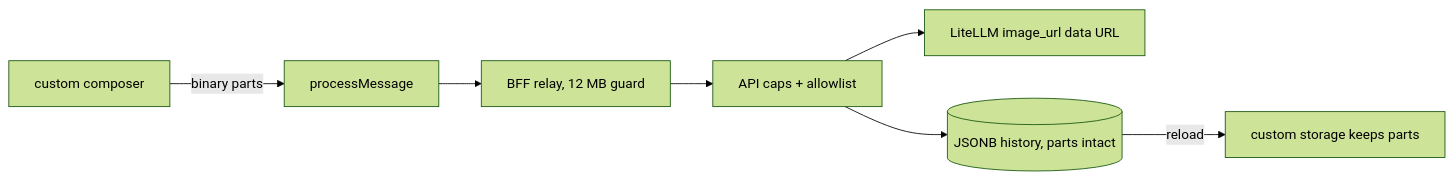
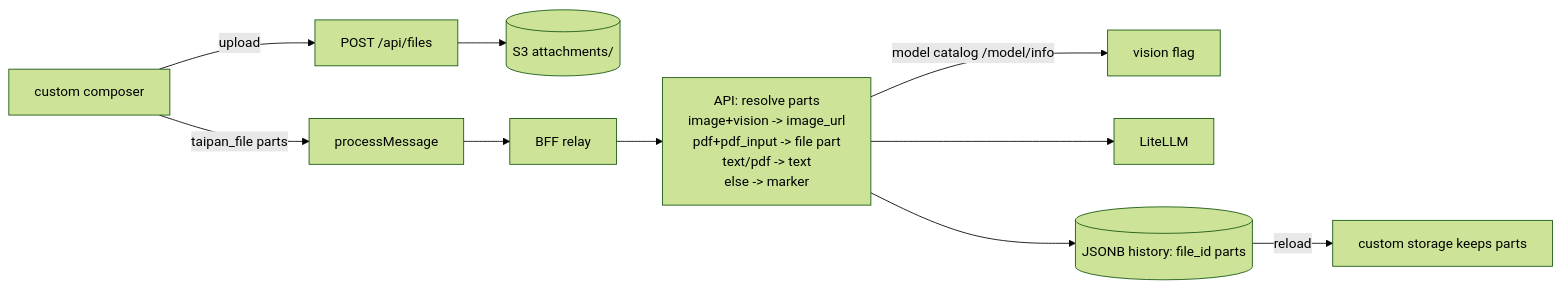
Before and after one commit to mac-lisowski/project-taipan: the diagram in docs/specs/planned/chat-attachments/spec.md, drawn with Mermaid (forest theme). The commit also changed other lines of this file and 2 other files, not shown here.

First line of the commit message:
docs: final-form chat-attachments + chat-artifacts, capability-gated

````diff
--- a/docs/specs/planned/chat-attachments/spec.md
+++ b/docs/specs/planned/chat-attachments/spec.md
@@ -85,9 +151,12 @@
 ```mermaid
 flowchart LR
-  C[custom composer] -->|binary parts| P[processMessage]
-  P --> B[BFF relay, 12 MB guard]
-  B --> A[API caps + allowlist]
-  A --> L[LiteLLM image_url data URL]
-  A --> H[(JSONB history, parts intact)]
+  C[custom composer] -->|upload| F["POST /api/files"]
+  F --> S3[(S3 attachments/)]
+  C -->|taipan_file parts| P[processMessage]
+  P --> B[BFF relay]
+  B --> A["API: resolve parts<br>image+vision -> image_url<br>pdf+pdf_input -> file part<br>text/pdf -> text<br>else -> marker"]
+  A -->|model catalog /model/info| V[vision flag]
+  A --> L[LiteLLM]
+  A --> H[(JSONB history: file_id parts)]
   H -->|reload| W[custom storage keeps parts]
 ```
````
